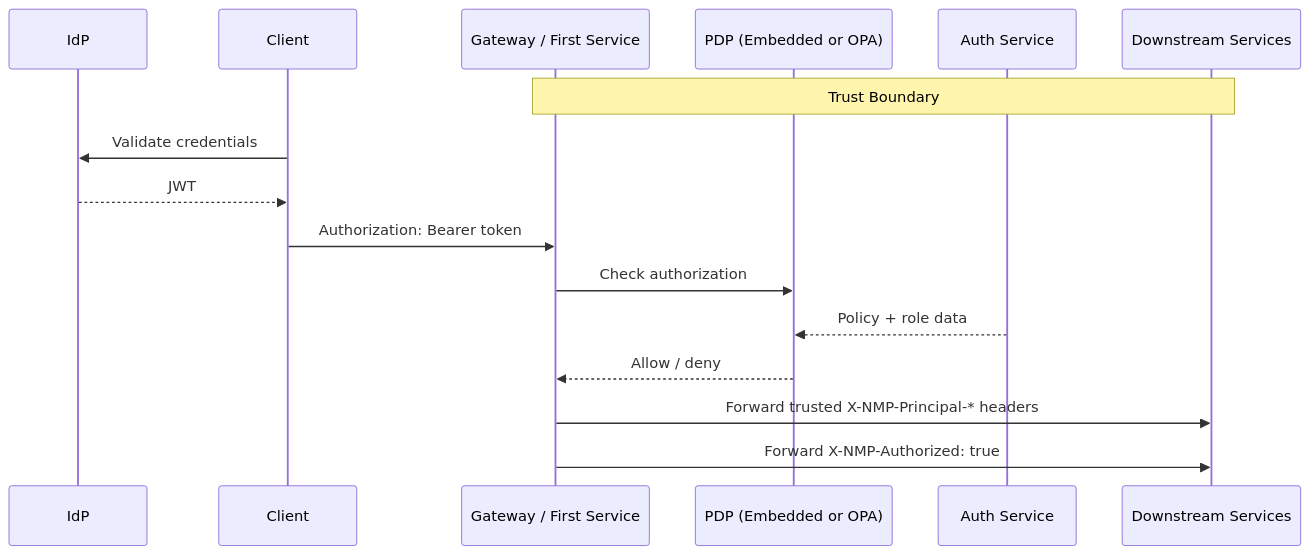
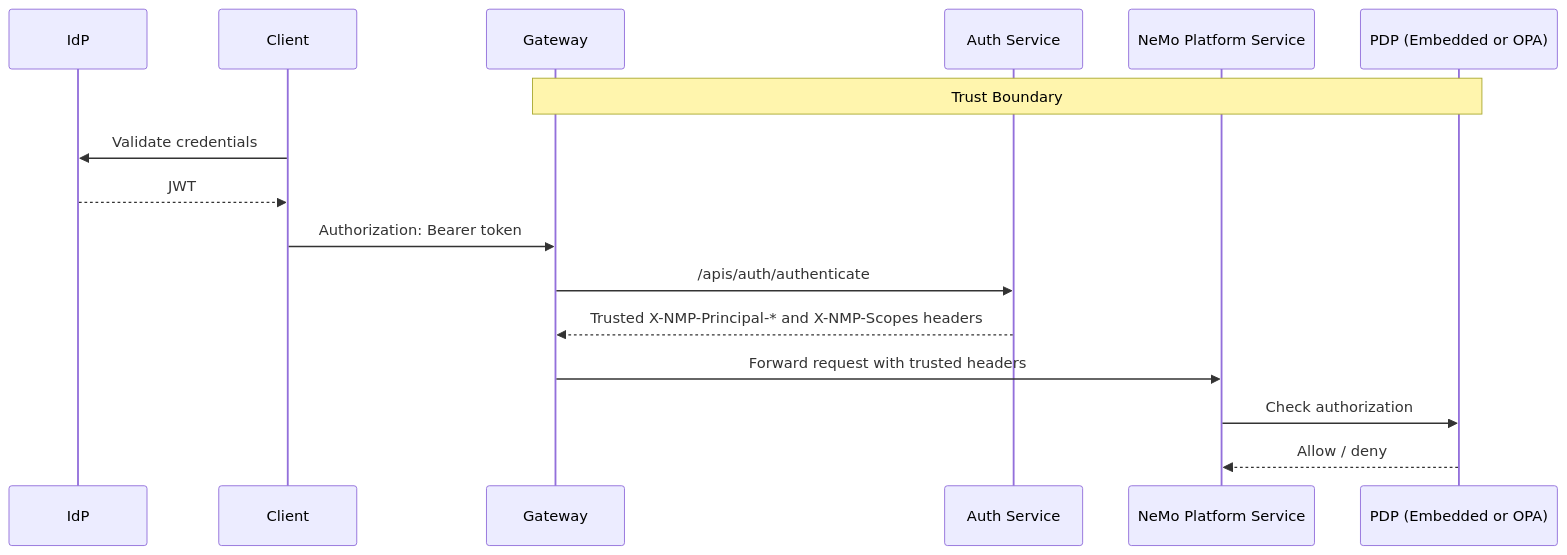
Before and after one commit to NVIDIA-NeMo/nemo-platform: the diagram in docs/auth/security-model.mdx, drawn with Mermaid. The commit also changed other lines of this file and 99 other files, not shown here.

````diff
--- a/docs/auth/security-model.mdx
+++ b/docs/auth/security-model.mdx
@@ -11,20 +11,20 @@
 ```mermaid
 sequenceDiagram
     participant IdP
     participant Client
-    participant Gateway as Gateway / First Service
+    participant Gateway
+    participant Auth as Auth Service
+    participant Service as NeMo Platform Service
     participant PDP as PDP (Embedded or OPA)
-    participant Auth as Auth Service
-    participant Downstream as Downstream Services
 
-    Note over Gateway,Downstream: Trust Boundary
+    Note over Gateway,PDP: Trust Boundary
 
     Client->>IdP: Validate credentials
     IdP-->>Client: JWT
     Client->>Gateway: Authorization: Bearer token
-    Gateway->>PDP: Check authorization
-    Auth-->>PDP: Policy + role data
-    PDP-->>Gateway: Allow / deny
-    Gateway->>Downstream: Forward trusted X-NMP-Principal-* headers
-    Gateway->>Downstream: Forward X-NMP-Authorized: true
+    Gateway->>Auth: /apis/auth/authenticate
+    Auth-->>Gateway: Trusted X-NMP-Principal-* and X-NMP-Scopes headers
+    Gateway->>Service: Forward request with trusted headers
+    Service->>PDP: Check authorization
+    PDP-->>Service: Allow / deny
 ```
````
